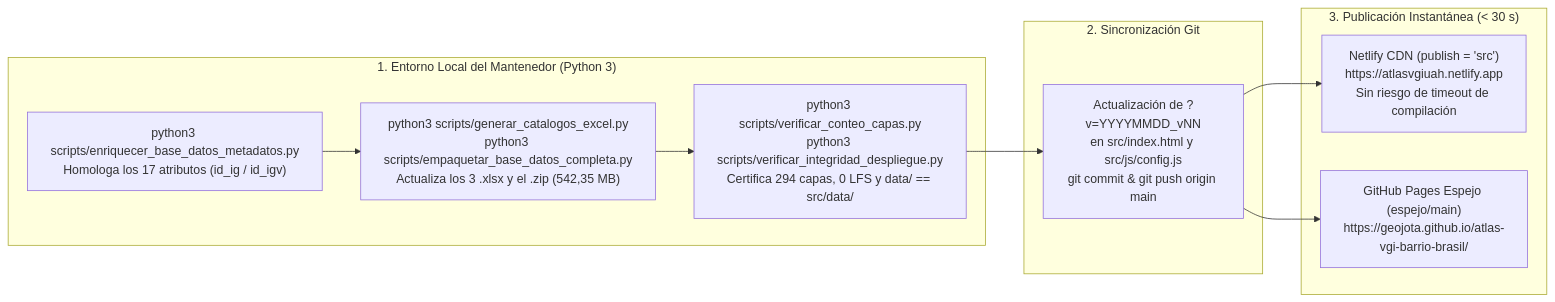
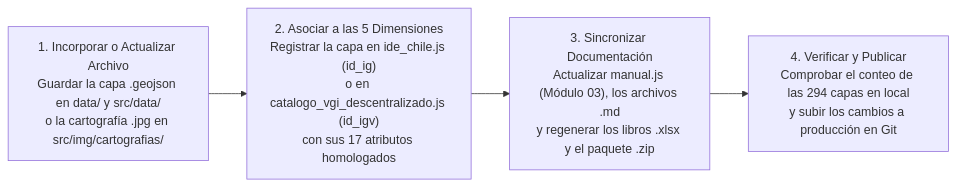
The seventh of 7 diagrams in src/docs/MANUAL_ACTUALIZACION_ATLAS.md (GEOJOTA/atlas-vgi-barrio-brasil), drawn with Mermaid before and after one commit. The commit also changed other lines of this file and 13 other files, not shown here.

````diff
--- a/src/docs/MANUAL_ACTUALIZACION_ATLAS.md
+++ b/src/docs/MANUAL_ACTUALIZACION_ATLAS.md
@@ -763,19 +329,9 @@
 ```mermaid
 flowchart LR
-    subgraph LOCAL["1. Entorno Local del Mantenedor (Python 3)"]
-        L1["python3 scripts/enriquecer_base_datos_metadatos.py\nHomologa los 17 atributos (id_ig / id_igv)"]
-        L2["python3 scripts/generar_catalogos_excel.py\npython3 scripts/empaquetar_base_datos_completa.py\nActualiza los 3 .xlsx y el .zip (542,35 MB)"]
-        L3["python3 scripts/verificar_conteo_capas.py\npython3 scripts/verificar_integridad_despliegue.py\nCertifica 294 capas, 0 LFS y data/ == src/data/"]
-    end
+    P1["1. Incorporar o Actualizar Archivo\nGuardar la capa .geojson en data/ y src/data/\no la cartografía .jpg en src/img/cartografias/"]
+    P2["2. Asociar a las 5 Dimensiones\nRegistrar la capa en ide_chile.js (id_ig)\no en catalogo_vgi_descentralizado.js (id_igv)\ncon sus 17 atributos homologados"]
+    P3["3. Sincronizar Documentación\nActualizar manual.js (Módulo 03), los archivos .md\ny regenerar los libros .xlsx y el paquete .zip"]
+    P4["4. Verificar y Publicar\nComprobar el conteo de las 294 capas en local\ny subir los cambios a producción en Git"]
 
-    subgraph GIT["2. Sincronización Git"]
-        G1["Actualización de ?v=YYYYMMDD_vNN\nen src/index.html y src/js/config.js\ngit commit & git push origin main"]
-    end
-
-    subgraph PROD["3. Publicación Instantánea (< 30 s)"]
-        P1["Netlify CDN (publish = 'src')\nhttps://atlasvgiuah.netlify.app\nSin riesgo de timeout de compilación"]
-        P2["GitHub Pages Espejo (espejo/main)\nhttps://geojota.github.io/atlas-vgi-barrio-brasil/"]
-    end
-
-    L1 --> L2 --> L3 --> G1 --> P1 & P2
+    P1 --> P2 --> P3 --> P4
 ```
````
